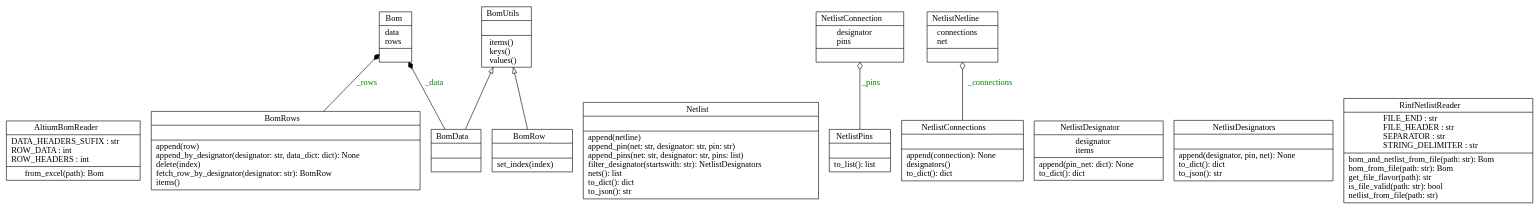
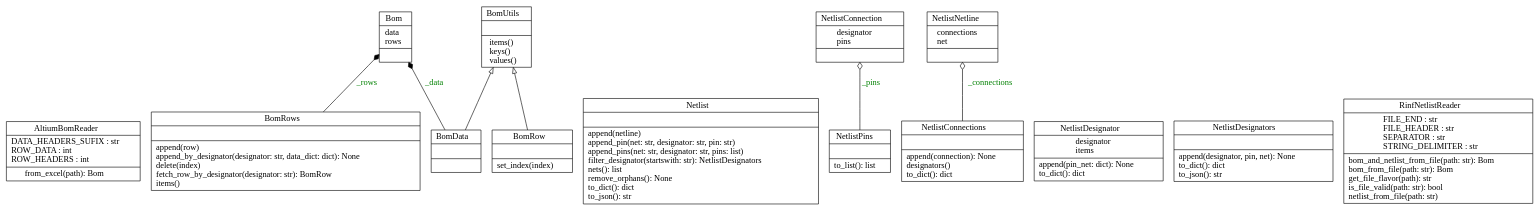
One commit to partmanager/netbom changed the diagram in docs/uml/classes.dot. Above: the diagram before and after it, drawn with Graphviz. The commit also changed 4 other files, not shown here.

Commit message:
new netlist method: removing orphaned nets

```diff
--- a/docs/uml/classes.dot
+++ b/docs/uml/classes.dot
@@ -1,24 +1,24 @@
 digraph "classes" {
 rankdir=BT
 charset="utf-8"
 "netbom.bom_readers.altium_bom_reader.AltiumBomReader" [color="black", fontcolor="black", label=<{AltiumBomReader|DATA_HEADERS_SUFIX : str<br ALIGN="LEFT"/>ROW_DATA : int<br ALIGN="LEFT"/>ROW_HEADERS : int<br ALIGN="LEFT"/>|from_excel(path): Bom<br ALIGN="LEFT"/>}>, shape="record", style="solid"];
 "netbom.bom.Bom" [color="black", fontcolor="black", label=<{Bom|data<br ALIGN="LEFT"/>rows<br ALIGN="LEFT"/>|}>, shape="record", style="solid"];
 "netbom.bom.BomData" [color="black", fontcolor="black", label=<{BomData|<br ALIGN="LEFT"/>|}>, shape="record", style="solid"];
 "netbom.bom.BomRow" [color="black", fontcolor="black", label=<{BomRow|<br ALIGN="LEFT"/>|set_index(index)<br ALIGN="LEFT"/>}>, shape="record", style="solid"];
 "netbom.bom.BomRows" [color="black", fontcolor="black", label=<{BomRows|<br ALIGN="LEFT"/>|append(row)<br ALIGN="LEFT"/>append_by_designator(designator: str, data_dict: dict): None<br ALIGN="LEFT"/>delete(index)<br ALIGN="LEFT"/>fetch_row_by_designator(designator: str): BomRow<br ALIGN="LEFT"/>items()<br ALIGN="LEFT"/>}>, shape="record", style="solid"];
 "netbom.bom.BomUtils" [color="black", fontcolor="black", label=<{BomUtils|<br ALIGN="LEFT"/>|items()<br ALIGN="LEFT"/>keys()<br ALIGN="LEFT"/>values()<br ALIGN="LEFT"/>}>, shape="record", style="solid"];
-"netbom.netlist.Netlist" [color="black", fontcolor="black", label=<{Netlist|<br ALIGN="LEFT"/>|append(netline)<br ALIGN="LEFT"/>append_pin(net: str, designator: str, pin: str)<br ALIGN="LEFT"/>append_pins(net: str, designator: str, pins: list)<br ALIGN="LEFT"/>filter_designator(startswith: str): NetlistDesignators<br ALIGN="LEFT"/>nets(): list<br ALIGN="LEFT"/>to_dict(): dict<br ALIGN="LEFT"/>to_json(): str<br ALIGN="LEFT"/>}>, shape="record", style="solid"];
+"netbom.netlist.Netlist" [color="black", fontcolor="black", label=<{Netlist|<br ALIGN="LEFT"/>|append(netline)<br ALIGN="LEFT"/>append_pin(net: str, designator: str, pin: str)<br ALIGN="LEFT"/>append_pins(net: str, designator: str, pins: list)<br ALIGN="LEFT"/>filter_designator(startswith: str): NetlistDesignators<br ALIGN="LEFT"/>nets(): list<br ALIGN="LEFT"/>remove_orphans(): None<br ALIGN="LEFT"/>to_dict(): dict<br ALIGN="LEFT"/>to_json(): str<br ALIGN="LEFT"/>}>, shape="record", style="solid"];
 "netbom.netlist.NetlistConnection" [color="black", fontcolor="black", label=<{NetlistConnection|designator<br ALIGN="LEFT"/>pins<br ALIGN="LEFT"/>|}>, shape="record", style="solid"];
 "netbom.netlist.NetlistConnections" [color="black", fontcolor="black", label=<{NetlistConnections|<br ALIGN="LEFT"/>|append(connection): None<br ALIGN="LEFT"/>designators()<br ALIGN="LEFT"/>to_dict(): dict<br ALIGN="LEFT"/>}>, shape="record", style="solid"];
 "netbom.netlist.NetlistDesignator" [color="black", fontcolor="black", label=<{NetlistDesignator|designator<br ALIGN="LEFT"/>items<br ALIGN="LEFT"/>|append(pin_net: dict): None<br ALIGN="LEFT"/>to_dict(): dict<br ALIGN="LEFT"/>}>, shape="record", style="solid"];
 "netbom.netlist.NetlistDesignators" [color="black", fontcolor="black", label=<{NetlistDesignators|<br ALIGN="LEFT"/>|append(designator, pin, net): None<br ALIGN="LEFT"/>to_dict(): dict<br ALIGN="LEFT"/>to_json(): str<br ALIGN="LEFT"/>}>, shape="record", style="solid"];
 "netbom.netlist.NetlistNetline" [color="black", fontcolor="black", label=<{NetlistNetline|connections<br ALIGN="LEFT"/>net<br ALIGN="LEFT"/>|}>, shape="record", style="solid"];
 "netbom.netlist.NetlistPins" [color="black", fontcolor="black", label=<{NetlistPins|<br ALIGN="LEFT"/>|to_list(): list<br ALIGN="LEFT"/>}>, shape="record", style="solid"];
 "netbom.netlist_readers.rinf_netlist_reader.RinfNetlistReader" [color="black", fontcolor="black", label=<{RinfNetlistReader|FILE_END : str<br ALIGN="LEFT"/>FILE_HEADER : str<br ALIGN="LEFT"/>SEPARATOR : str<br ALIGN="LEFT"/>STRING_DELIMITER : str<br ALIGN="LEFT"/>|bom_and_netlist_from_file(path: str): Bom<br ALIGN="LEFT"/>bom_from_file(path: str): Bom<br ALIGN="LEFT"/>get_file_flavor(path): str<br ALIGN="LEFT"/>is_file_valid(path: str): bool<br ALIGN="LEFT"/>netlist_from_file(path: str)<br ALIGN="LEFT"/>}>, shape="record", style="solid"];
 "netbom.bom.BomData" -> "netbom.bom.BomUtils" [arrowhead="empty", arrowtail="none"];
 "netbom.bom.BomRow" -> "netbom.bom.BomUtils" [arrowhead="empty", arrowtail="none"];
 "netbom.bom.BomData" -> "netbom.bom.Bom" [arrowhead="diamond", arrowtail="none", fontcolor="green", label="_data", style="solid"];
 "netbom.bom.BomRows" -> "netbom.bom.Bom" [arrowhead="diamond", arrowtail="none", fontcolor="green", label="_rows", style="solid"];
 "netbom.netlist.NetlistConnections" -> "netbom.netlist.NetlistNetline" [arrowhead="odiamond", arrowtail="none", fontcolor="green", label="_connections", style="solid"];
 "netbom.netlist.NetlistPins" -> "netbom.netlist.NetlistConnection" [arrowhead="odiamond", arrowtail="none", fontcolor="green", label="_pins", style="solid"];
 }
```
